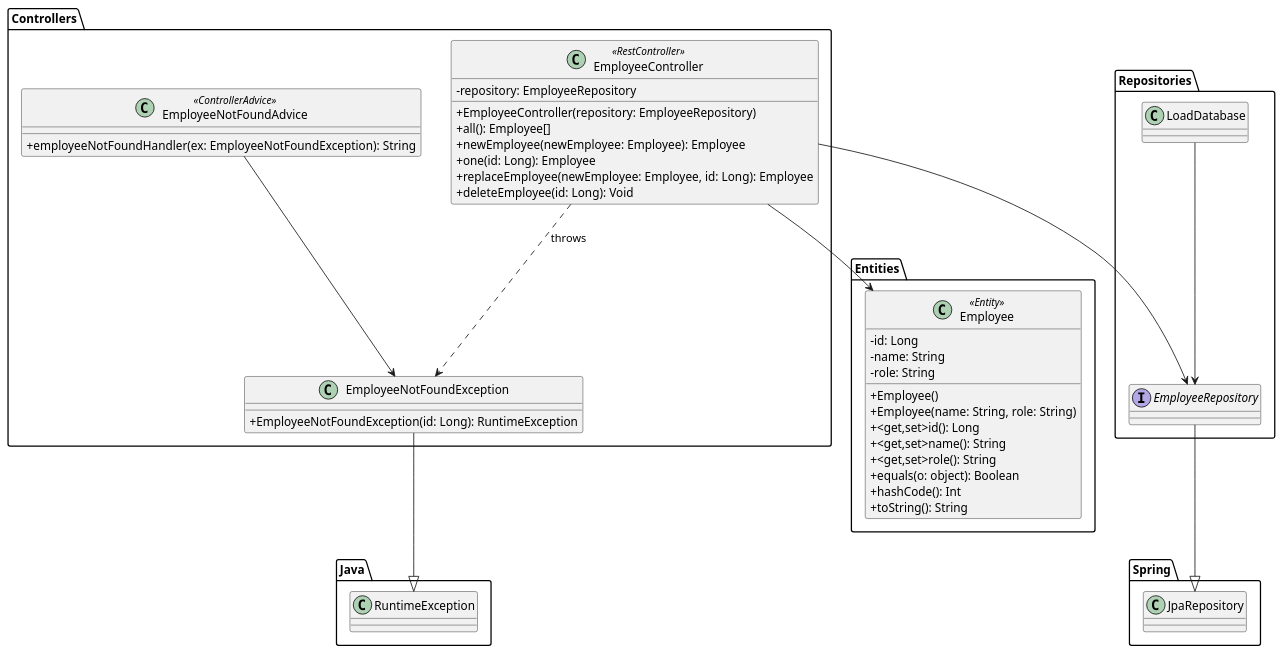
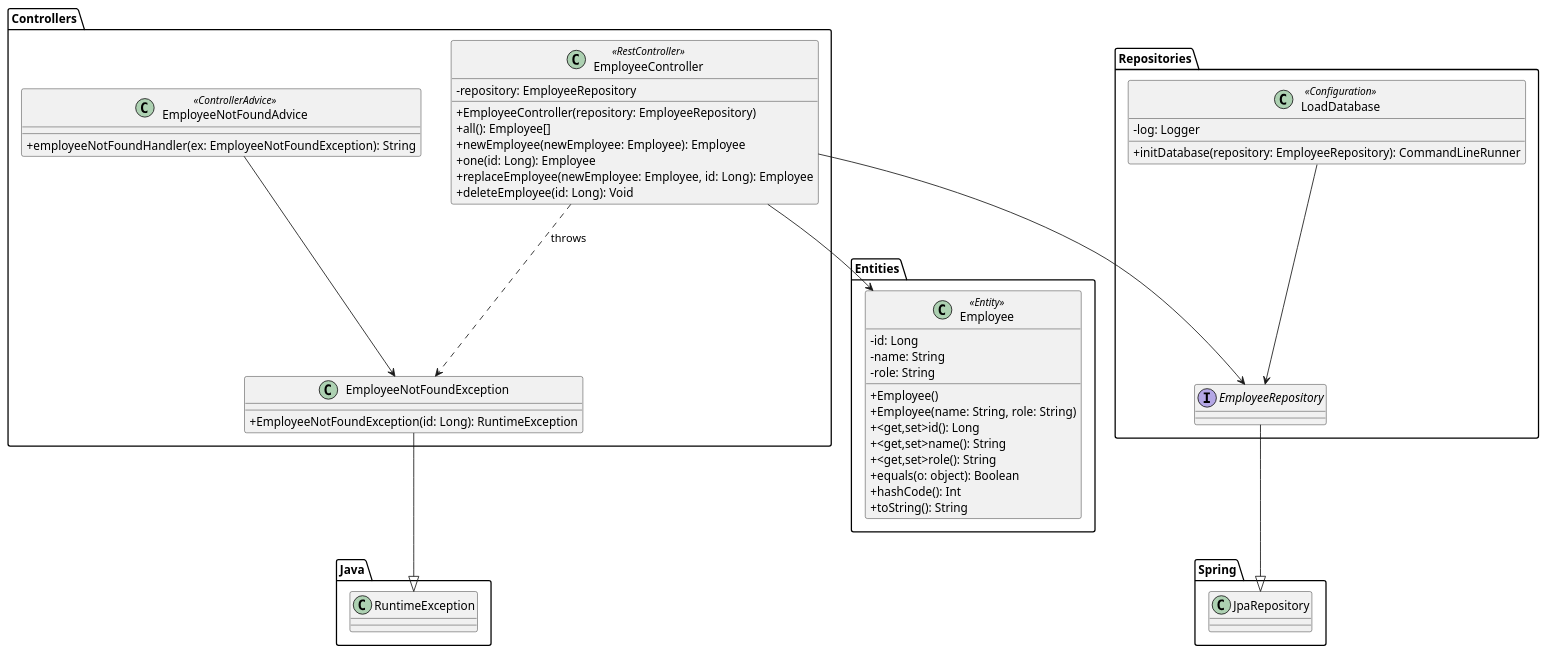
Before and after one commit to dieperid/VIR1-Payroll: the diagram in docs/classDiagram.puml, drawn with PlantUML.

Commit message:
docs: added data to LoadDatabase class

```diff
--- a/docs/classDiagram.puml
+++ b/docs/classDiagram.puml
@@ -1,69 +1,72 @@
 @startuml
 
 skinparam classAttributeIconSize 0
 
 'packages
 package "Java"
 {
     class RuntimeException{}
 }
 
 package "Controllers"
 {
     class EmployeeController <<RestController>> {
         -repository: EmployeeRepository
         +EmployeeController(repository: EmployeeRepository)
         +all(): Employee[]
         +newEmployee(newEmployee: Employee): Employee
         +one(id: Long): Employee
         +replaceEmployee(newEmployee: Employee, id: Long): Employee
         +deleteEmployee(id: Long): Void
     }
     class EmployeeNotFoundAdvice <<ControllerAdvice>> {
         +employeeNotFoundHandler(ex: EmployeeNotFoundException): String
     }
     class EmployeeNotFoundException{
         +EmployeeNotFoundException(id: Long): RuntimeException
     }
 }
 
 package "Entities"
 {
     class Employee <<Entity>> {
         -id: Long
         -name: String
         -role: String
         +Employee()
         +Employee(name: String, role: String)
         +<get,set>id(): Long
         +<get,set>name(): String
         +<get,set>role(): String
         +equals(o: object): Boolean
         +hashCode(): Int
         +toString(): String
     }
 }
 
 package "Repositories"
 {
     interface EmployeeRepository{}
-    class LoadDatabase{}
+    class LoadDatabase <<Configuration>> {
+        -log: Logger
+        +initDatabase(repository: EmployeeRepository): CommandLineRunner
+    }
 }
 
 package "Spring"
 {
     class JpaRepository{}
 }
 
 'relations
 EmployeeNotFoundException --|> RuntimeException
 
 EmployeeController --> Employee
 EmployeeController --> EmployeeRepository
 
 EmployeeController ..> EmployeeNotFoundException : throws
 EmployeeNotFoundAdvice --> EmployeeNotFoundException
 
 LoadDatabase --> EmployeeRepository
 EmployeeRepository --|> JpaRepository
 @enduml
```
